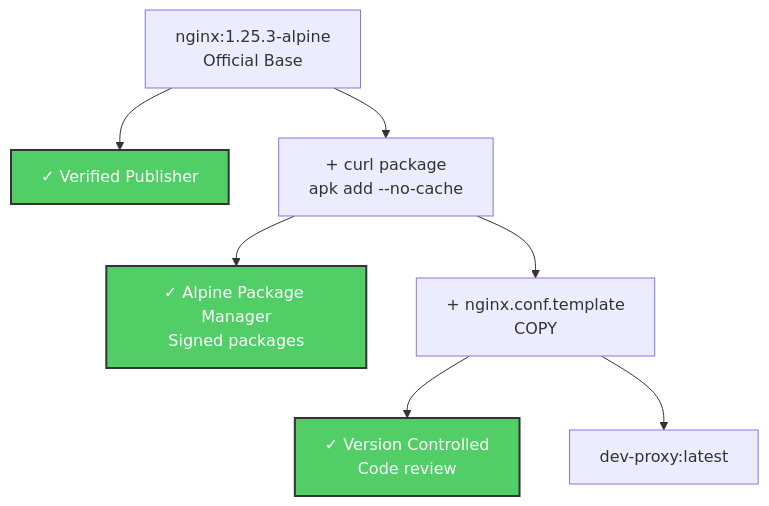
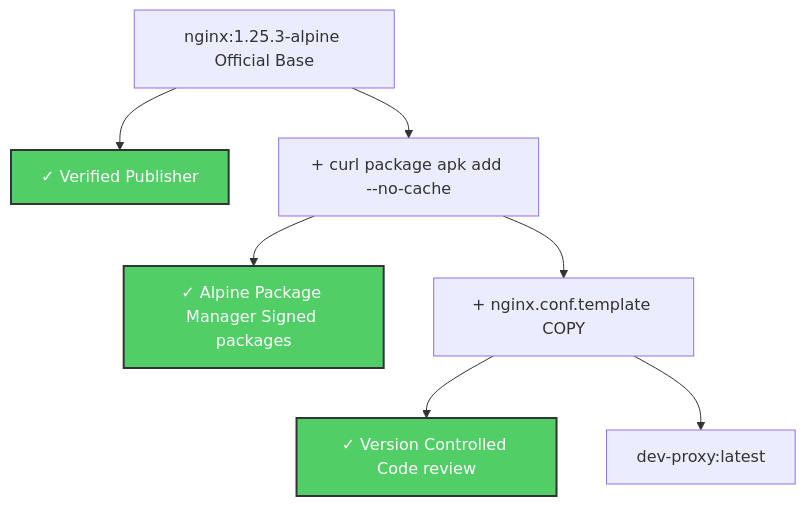
One commit to softwarewrighter/dev-proxy changed the seventh of 17 diagrams in wiki/Security.md. Above: the diagram before and after it, drawn with Mermaid. The commit also changed other lines of this file and 6 other files, not shown here.

First line of the commit message:
Fix wiki Mermaid diagrams: remove <br/> tags

````diff
--- a/wiki/Security.md
+++ b/wiki/Security.md
@@ -228,16 +228,16 @@
 ```mermaid
 graph TB
-    Base[nginx:1.25.3-alpine<br/>Official Base] --> Verify1[✓ Verified Publisher]
+    Base[nginx:1.25.3-alpine Official Base] --> Verify1[✓ Verified Publisher]
 
-    Base --> Layer1[+ curl package<br/>apk add --no-cache]
-    Layer1 --> Verify2[✓ Alpine Package Manager<br/>Signed packages]
+    Base --> Layer1[+ curl package apk add --no-cache]
+    Layer1 --> Verify2[✓ Alpine Package Manager Signed packages]
 
-    Layer1 --> Layer2[+ nginx.conf.template<br/>COPY]
-    Layer2 --> Verify3[✓ Version Controlled<br/>Code review]
+    Layer1 --> Layer2[+ nginx.conf.template COPY]
+    Layer2 --> Verify3[✓ Version Controlled Code review]
 
     Layer2 --> Final[dev-proxy:latest]
 
     style Verify1 fill:#51cf66,stroke:#333,stroke-width:2px,color:#fff
     style Verify2 fill:#51cf66,stroke:#333,stroke-width:2px,color:#fff
     style Verify3 fill:#51cf66,stroke:#333,stroke-width:2px,color:#fff
 ```
````
